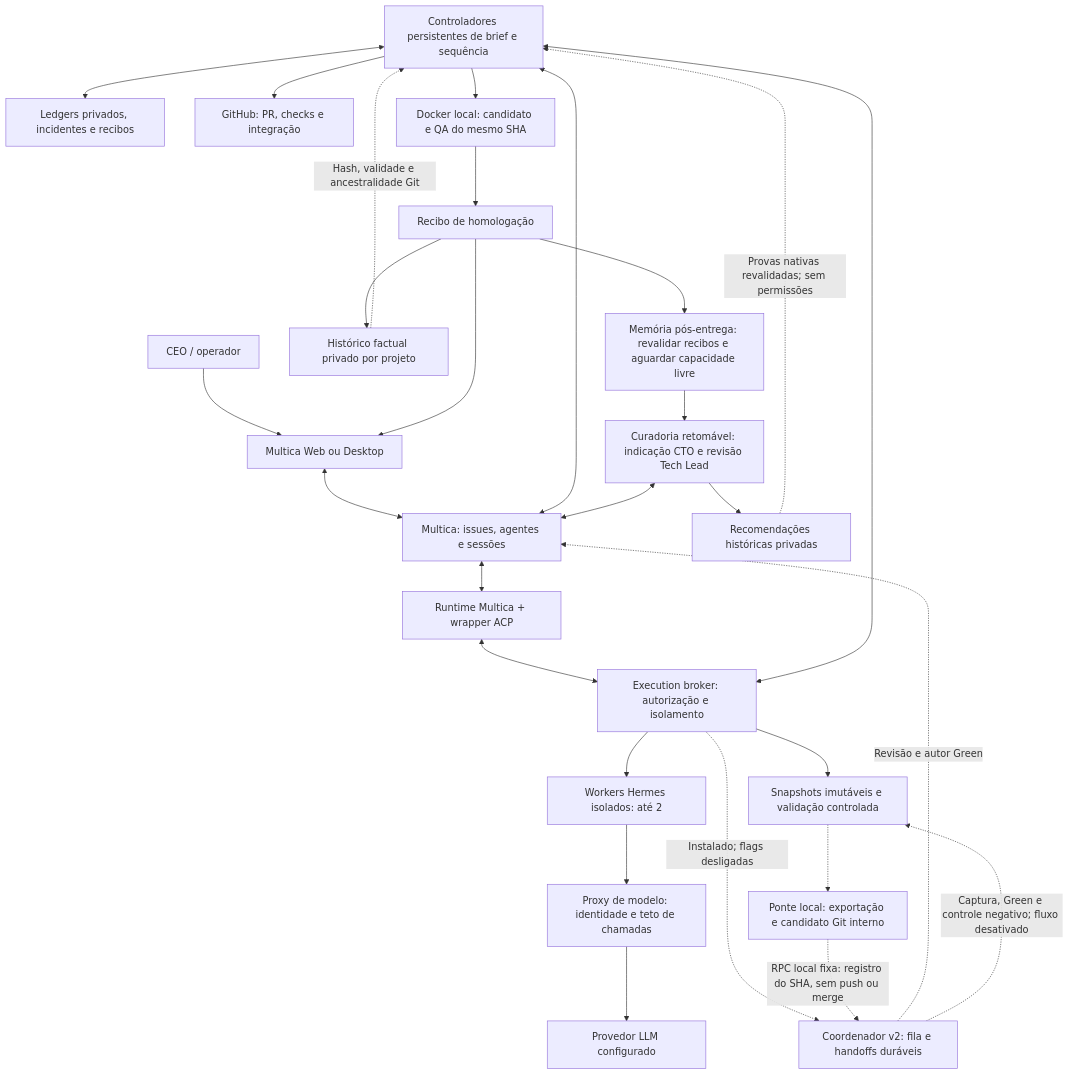
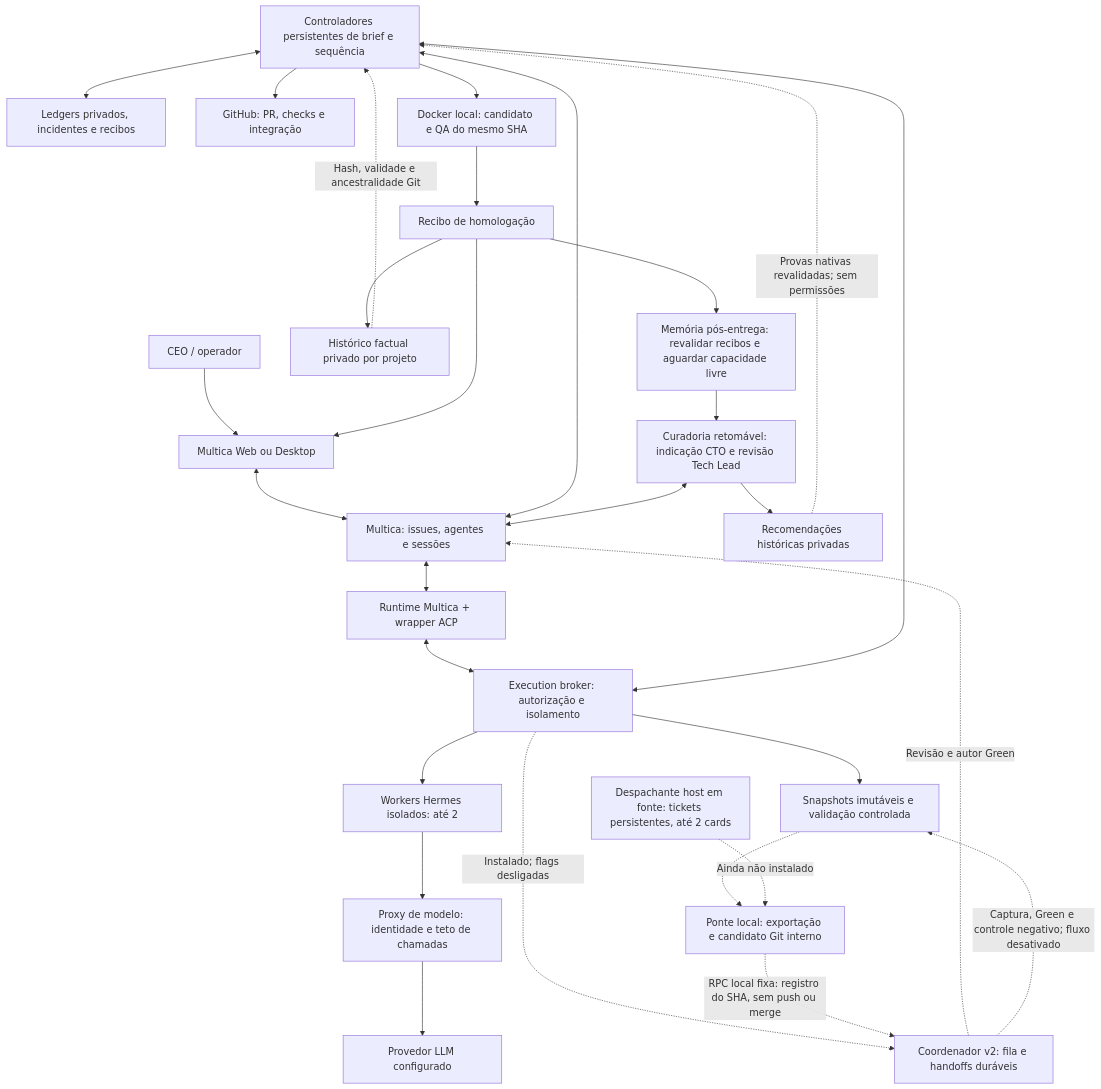
Before and after one commit to codifydeep/fabriquinha: the first of 8 diagrams in README.md, drawn with Mermaid. The commit also changed other lines of this file and 8 other files, not shown here.

````diff
--- a/README.md
+++ b/README.md
@@ -373,30 +385,31 @@
 ```mermaid
 flowchart TB
     CEO[CEO / operador] --> UI[Multica Web ou Desktop]
     UI <--> MC[Multica: issues, agentes e sessões]
     MC <--> RT[Runtime Multica + wrapper ACP]
     RT <--> B[Execution broker: autorização e isolamento]
     S[Controladores persistentes de brief e sequência] <--> MC
     S <--> B
     S <--> L[Ledgers privados, incidentes e recibos]
     B --> W[Workers Hermes isolados: até 2]
     W --> P[Proxy de modelo: identidade e teto de chamadas]
     P --> M[Provedor LLM configurado]
     B --> E[Snapshots imutáveis e validação controlada]
     B -.->|Instalado; flags desligadas| V2[Coordenador v2: fila e handoffs duráveis]
     V2 -.->|Revisão e autor Green| MC
     V2 -.->|Captura, Green e controle negativo; fluxo desativado| E
     E -.-> GX[Ponte local: exportação e candidato Git interno]
     GX -.->|RPC local fixa: registro do SHA, sem push ou merge| V2
+    GD[Despachante host em fonte: tickets persistentes, até 2 cards] -.->|Ainda não instalado| GX
     S --> GH[GitHub: PR, checks e integração]
     S --> QA[Docker local: candidato e QA do mesmo SHA]
     QA --> R[Recibo de homologação]
     R --> UI
     R --> HF[Histórico factual privado por projeto]
     HF -.->|Hash, validade e ancestralidade Git| S
     R --> MQ[Memória pós-entrega: revalidar recibos e aguardar capacidade livre]
     MQ --> C[Curadoria retomável: indicação CTO e revisão Tech Lead]
     C <--> MC
     C --> K[Recomendações históricas privadas]
     K -.->|Provas nativas revalidadas; sem permissões| S
 ```
````
